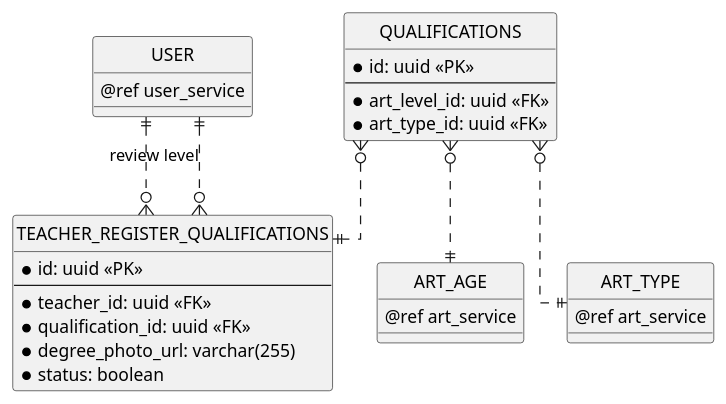
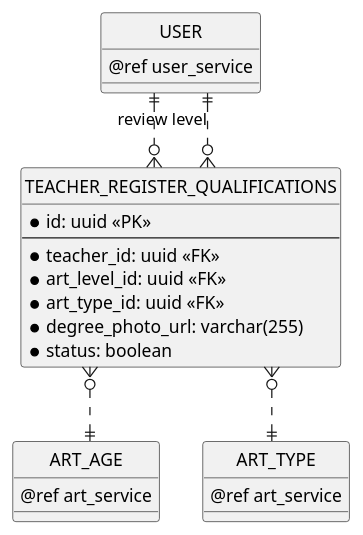
One commit to chungnguyenbkcse/ERD-USECASE-KIDSDRAWING changed the second of 14 diagrams in erd.md. Above: the diagram before and after it, drawn with PlantUML.

Commit message:
edit teacher register level

````diff
--- a/erd.md
+++ b/erd.md
@@ -70,46 +70,41 @@
 ```plantuml
 @startuml teacher_level_service
 ' hide the spot
 hide circle
 
 ' avoid problems with angled crows feet
 skinparam linetype ortho
 
 entity "USER" as user {
     @ref user_service
 }
 
-entity "QUALIFICATIONS" as qualification {
-    * id: uuid <<PK>>
-    --
-    * art_level_id: uuid <<FK>>
-    * art_type_id: uuid <<FK>>
-}
 
 entity "TEACHER_REGISTER_QUALIFICATIONS" as teacher_register_qualification {
     * id: uuid <<PK>>
     --
     * teacher_id: uuid <<FK>>
-    * qualification_id: uuid <<FK>>
+    * art_level_id: uuid <<FK>>
+    * art_type_id: uuid <<FK>>
     * degree_photo_url: varchar(255)
     * status: boolean
 }
 
 entity "ART_AGE" as art_age {
     @ref art_service
 }
 
 entity "ART_TYPE" as art_type {
     @ref art_service
 }
 
 ' Art Relationship
 
 user ||..o{ teacher_register_qualification
 user ||..o{ teacher_register_qualification: review level
-qualification }o..|| art_type
-qualification }o..|| art_age
-qualification }o..|| teacher_register_qualification
+teacher_register_qualification }o..|| art_type
+teacher_register_qualification }o..|| art_age
+
 
 @enduml
 ```
````
